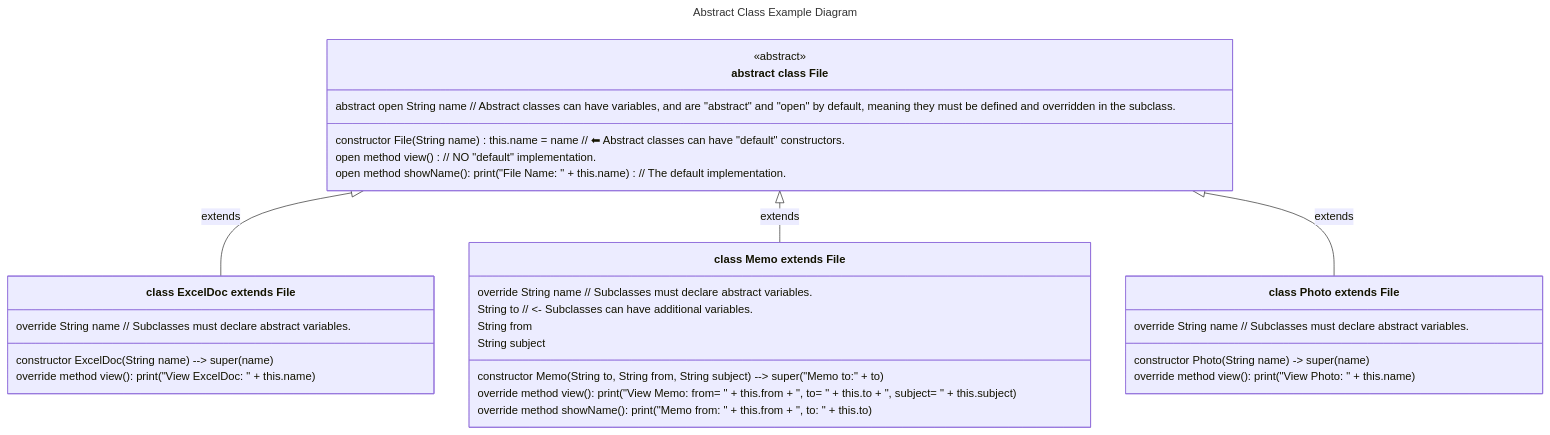
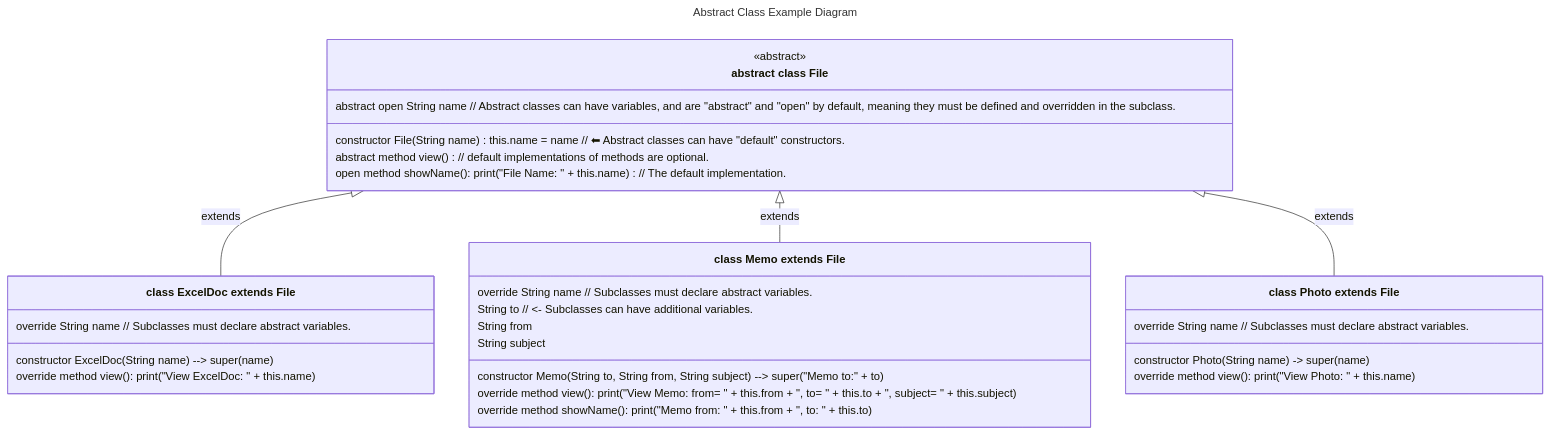
The sixth of 8 diagrams in 09-ClassOrientedProgramming.md (realityexpander/How_to_program_from_ground_up), drawn with Mermaid before and after one commit. The commit also changed other lines of this file, not shown here.

Commit message:
improve abstract example in COP

````diff
--- a/09-ClassOrientedProgramming.md
+++ b/09-ClassOrientedProgramming.md
@@ -696,47 +696,47 @@
     ```mermaid
     ---
     title: Abstract Class Example Diagram
       
     ---
     classDiagram
     direction TB
     File <|-- ExcelDoc : extends
     File <|-- Memo : extends
     File <|-- Photo : extends
       
     class File["abstract class File"] {
        abstract open String name  // Abstract classes can have variables, and are "abstract" and "open" by default, meaning they must be defined and overridden in the subclass.
        
        constructor File(String name) this.name = name // ⬅︎ Abstract classes can have "default" constructors.
         
-       open method view() // NO "default" implementation.
+       abstract method view() // default implementations of methods are optional.
        open method showName(): print("File Name: " + this.name) // The default implementation.
     }
     <<abstract>> File 
       
     class ExcelDoc["class ExcelDoc extends File"] {
        override String name // Subclasses must declare abstract variables.
     
        constructor ExcelDoc(String name) --> super(name)
     
        override method view(): print("View ExcelDoc: " + this.name) 
     }
     class Memo["class Memo extends File"] {
        override String name //  Subclasses must declare abstract variables.
        String to  // <- Subclasses can have additional variables.
        String from
        String subject
     
        constructor Memo(String to, String from, String subject) --> super("Memo to:" + to)
        
        override method view(): print("View Memo: from= " + this.from + ", to= " + this.to + ", subject= " + this.subject) 
        override method showName(): print("Memo from: " + this.from + ", to: " + this.to)
     }
     class Photo["class Photo extends File"] {
        override String name // Subclasses must declare abstract variables.
     
        constructor Photo(String name) -> super(name)
        
        override method view(): print("View Photo: " + this.name)
     }
     ```
````
